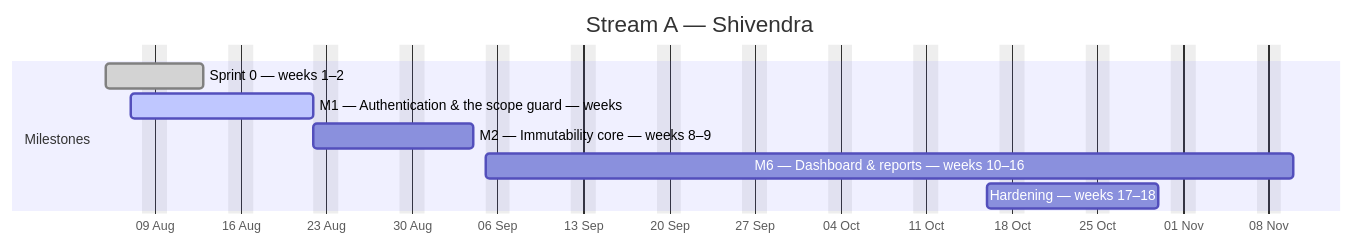
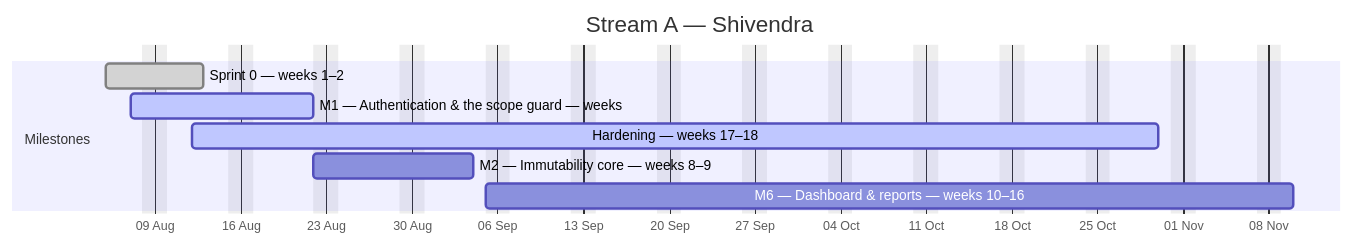
Before and after one commit to debashisedunext/EduTrack: the first of 4 diagrams in docs/plan/GANTT.md, drawn with Mermaid. The commit also changed other lines of this file and 3 other files, not shown here.

````diff
--- a/docs/plan/GANTT.md
+++ b/docs/plan/GANTT.md
@@ -129,13 +129,13 @@
 ```mermaid
 gantt
     dateFormat YYYY-MM-DD
     axisFormat %d %b
     title Stream A — Shivendra
     excludes weekends
     section Milestones
     Sprint 0 — weeks 1–2 :done, a0, 2026-08-05, 6d
     M1 — Authentication & the scope guard — weeks :active, a1, 2026-08-07, 11d
-    M2 — Immutability core — weeks 8–9 :a2, 2026-08-22, 10d
-    M6 — Dashboard & reports — weeks 10–16 :a3, 2026-09-05, 47d
-    Hardening — weeks 17–18 :a4, 2026-10-16, 10d
+    Hardening — weeks 17–18 :active, a2, 2026-08-12, 57d
+    M2 — Immutability core — weeks 8–9 :a3, 2026-08-22, 10d
+    M6 — Dashboard & reports — weeks 10–16 :a4, 2026-09-05, 47d
 ```
````
